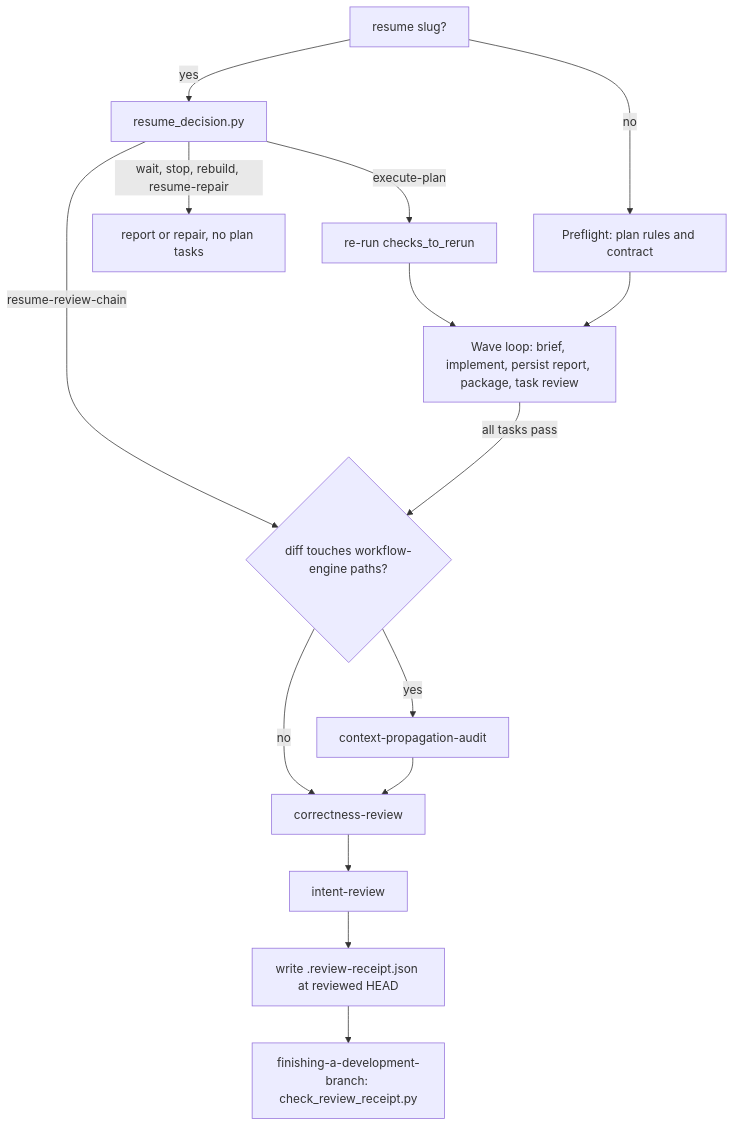
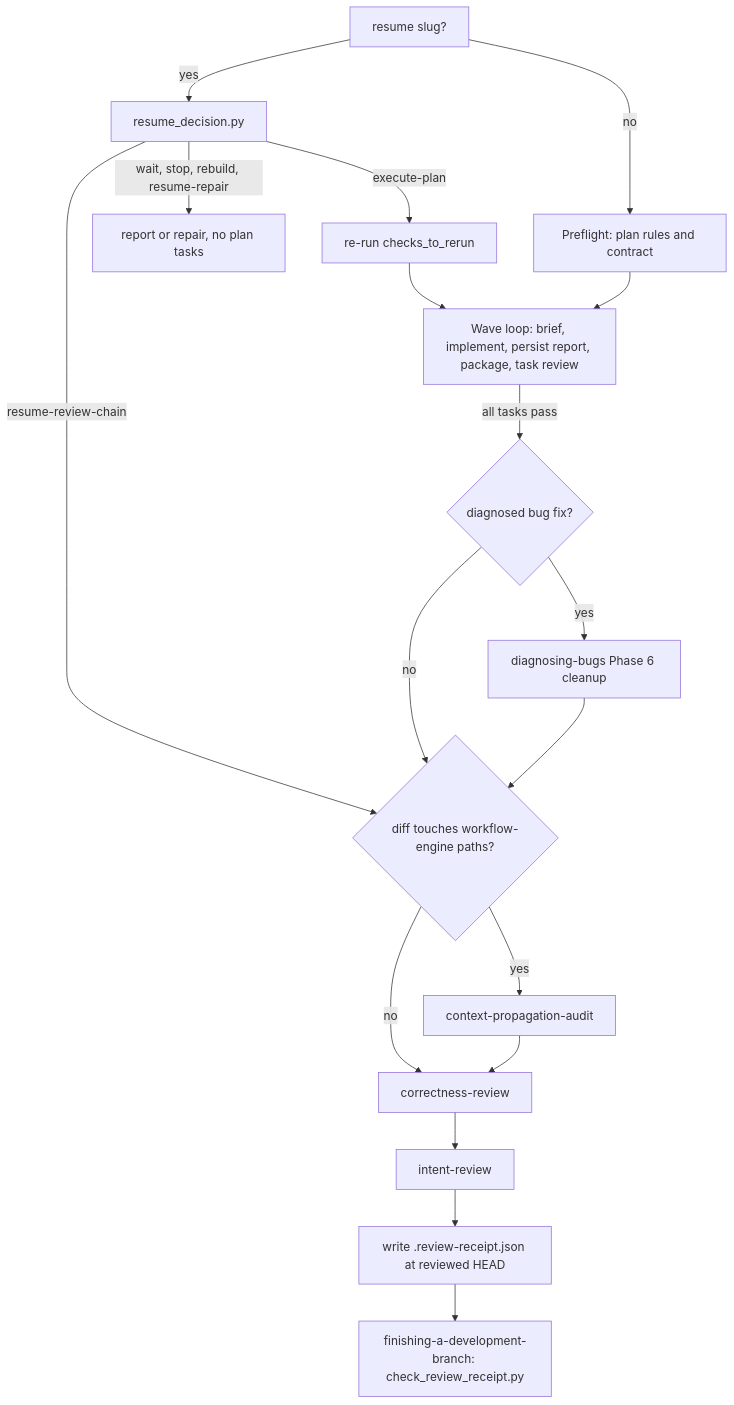
Before and after one commit to minhtran3124/agent-harness: the first of 3 diagrams in openwiki/workflows/implementation-and-review-chain.md, drawn with Mermaid. The commit also changed other lines of this file and 52 other files, not shown here.

````diff
--- a/openwiki/workflows/implementation-and-review-chain.md
+++ b/openwiki/workflows/implementation-and-review-chain.md
@@ -71,17 +88,20 @@
 ```mermaid
 flowchart TD
     R["resume slug?"] -->|yes| RD["resume_decision.py"]
     RD -->|execute-plan| CHK["re-run checks_to_rerun"]
     RD -->|resume-review-chain| FC
     RD -->|"wait, stop, rebuild, resume-repair"| OUT["report or repair, no plan tasks"]
     R -->|no| PF["Preflight: plan rules and contract"]
     CHK --> W
     PF --> W["Wave loop: brief, implement, persist report, package, task review"]
-    W -->|all tasks pass| FC{"diff touches workflow-engine paths?"}
+    W -->|all tasks pass| BF{"diagnosed bug fix?"}
+    BF -->|yes| P6["diagnosing-bugs Phase 6 cleanup"]
+    BF -->|no| FC
+    P6 --> FC{"diff touches workflow-engine paths?"}
     FC -->|yes| CPA["context-propagation-audit"]
     FC -->|no| CR
     CPA --> CR["correctness-review"]
     CR --> IR["intent-review"]
     IR --> RC["write .review-receipt.json at reviewed HEAD"]
     RC --> SHIP["finishing-a-development-branch: check_review_receipt.py"]
 ```
````
